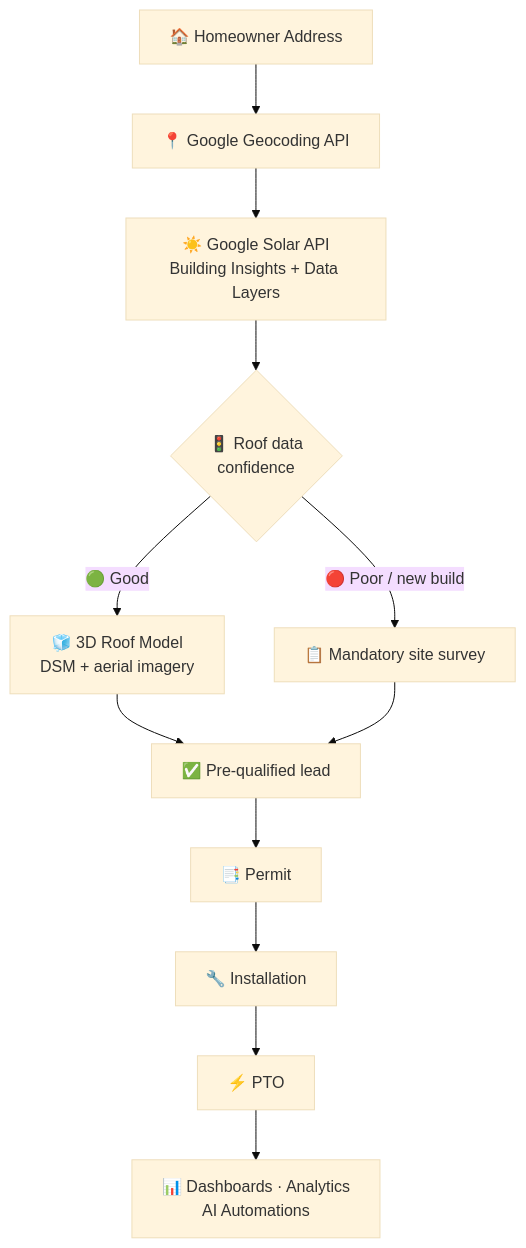
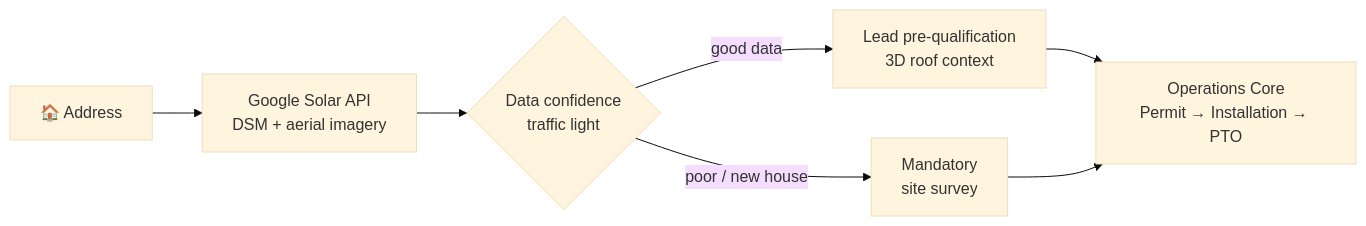
The tenth of 10 diagrams in README.md (willgouveiaa/willgouveiaa), drawn with Mermaid (base theme) before and after one commit. The commit also changed other lines of this file, not shown here.

First line of the commit message:
Revise architecture diagrams and project details

````diff
--- a/README.md
+++ b/README.md
@@ -385,12 +349,9 @@
 ```mermaid
-flowchart TD
-    ADDR["🏠 Homeowner Address"] --> GEO["📍 Google Geocoding API"]
-    GEO --> SOL["☀️ Google Solar API<br/>Building Insights + Data Layers"]
-    SOL --> CONF{"🚦 Roof data<br/>confidence"}
-    CONF -- "🟢 Good" --> M3D["🧊 3D Roof Model<br/>DSM + aerial imagery"]
-    CONF -- "🔴 Poor / new build" --> SURV["📋 Mandatory site survey"]
-    M3D --> Q["✅ Pre-qualified lead"]
-    SURV --> Q
-    Q --> PER["📑 Permit"] --> INS["🔧 Installation"] --> PTO["⚡ PTO"]
-    PTO --> BI["📊 Dashboards · Analytics<br/>AI Automations"]
+flowchart LR
+    ADDR["🏠 Address"] --> GS["Google Solar API<br/>DSM + aerial imagery"]
+    GS --> TL{"Data confidence<br/>traffic light"}
+    TL -->|good data| PQ["Lead pre-qualification<br/>3D roof context"]
+    TL -->|poor / new house| SS["Mandatory<br/>site survey"]
+    PQ --> OPS["Operations Core<br/>Permit → Installation → PTO"]
+    SS --> OPS
 ```
````
